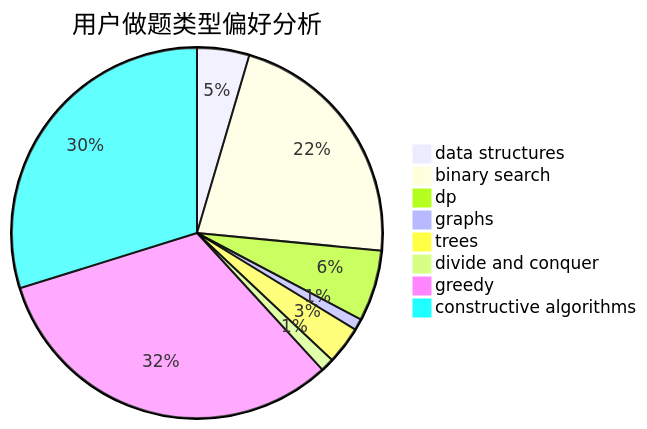
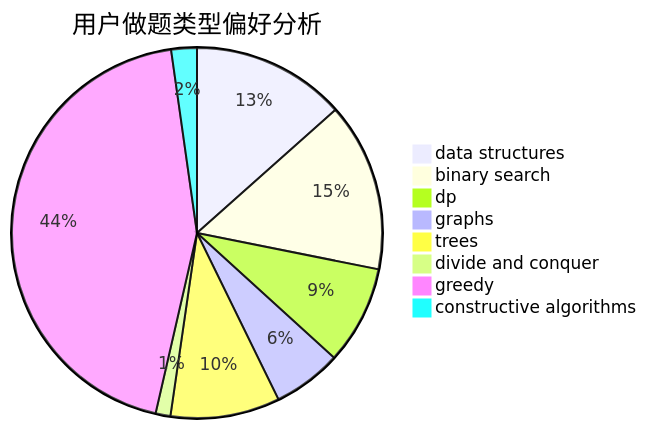
One commit to sherpahu/cfrs.github.io changed the second of 3 diagrams in docs/user/u2512.md. Above: the diagram before and after it, drawn with Mermaid. The commit also changed other lines of this file and 2770 other files, not shown here.

````diff
--- a/docs/user/u2512.md
+++ b/docs/user/u2512.md
@@ -23,11 +23,11 @@
 ```mermaid
 pie title 用户做题类型偏好分析
-    "data structures" :  50
-    "binary search" :  241
-    "dp" :  68
-    "graphs" :  11
-    "trees" :  36
-    "divide and conquer" :  13
-    "greedy" :  351
-    "constructive algorithms" :  327
+    "data structures" :  114
+    "binary search" :  125
+    "dp" :  73
+    "graphs" :  51
+    "trees" :  81
+    "divide and conquer" :  11
+    "greedy" :  375
+    "constructive algorithms" :  19
 ```
````
